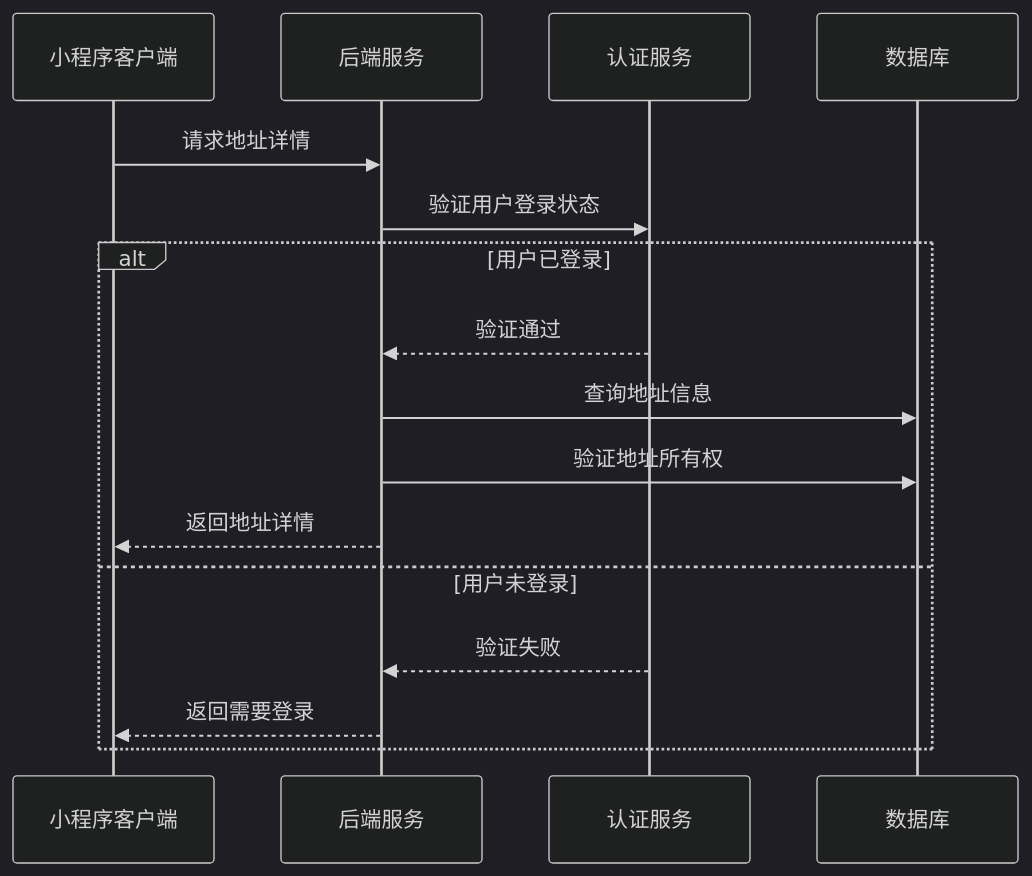
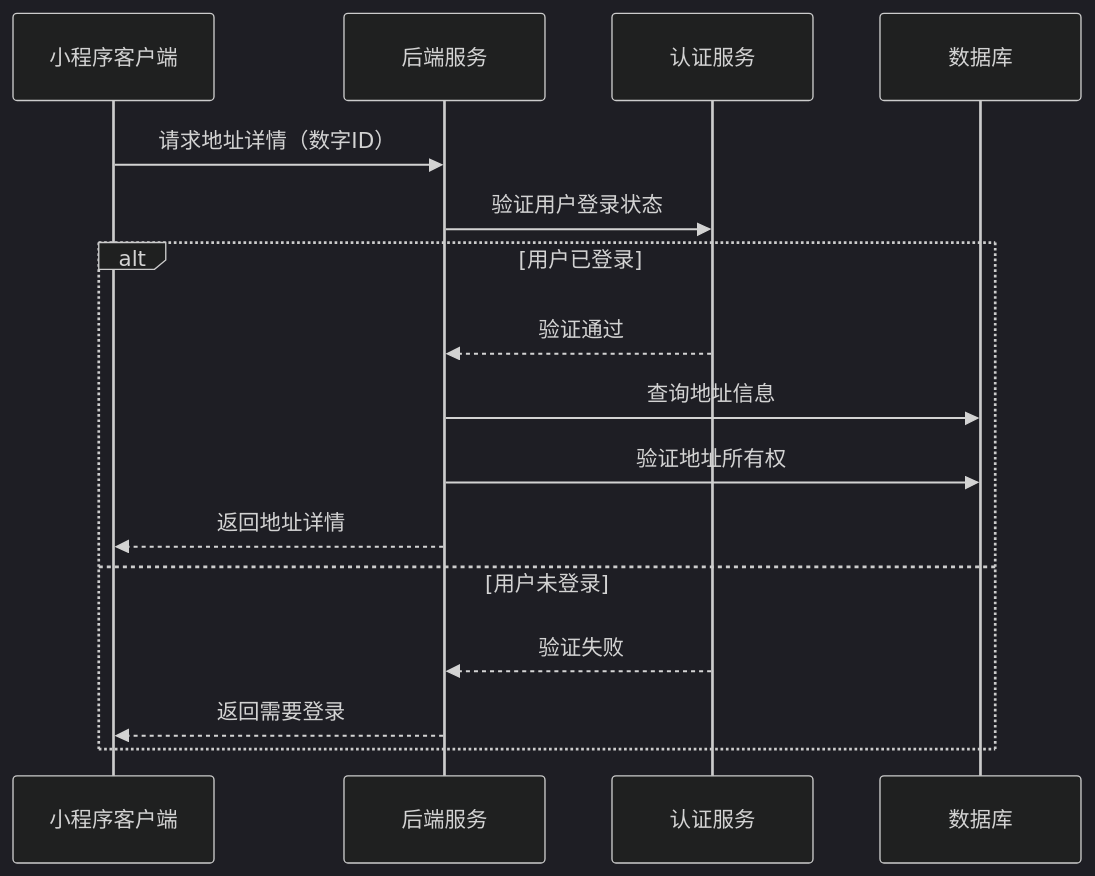
Before and after one commit to Childho/V4: the first of 3 diagrams in api-docs/address-form.md, drawn with Mermaid (dark theme). The commit also changed other lines of this file and 21 other files, not shown here.

````diff
--- a/api-docs/address-form.md
+++ b/api-docs/address-form.md
@@ -13,18 +13,18 @@
 ```mermaid
 sequenceDiagram
     participant Client as 小程序客户端
     participant Server as 后端服务
     participant Auth as 认证服务
     participant DB as 数据库
-    Client->>Server: 请求地址详情
+    Client->>Server: 请求地址详情（数字ID）
     Server->>Auth: 验证用户登录状态
     alt 用户已登录
         Auth-->>Server: 验证通过
         Server->>DB: 查询地址信息
         Server->>DB: 验证地址所有权
         Server-->>Client: 返回地址详情
     else 用户未登录
         Auth-->>Server: 验证失败
         Server-->>Client: 返回需要登录
     end
 ```
````
